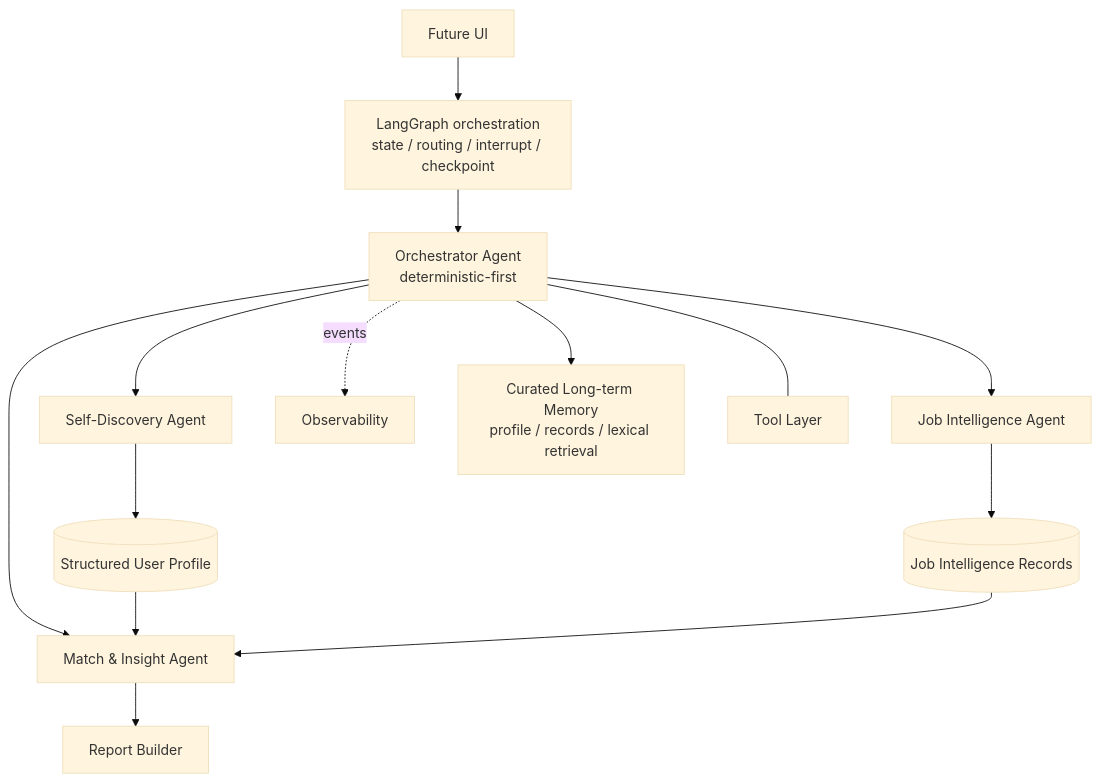
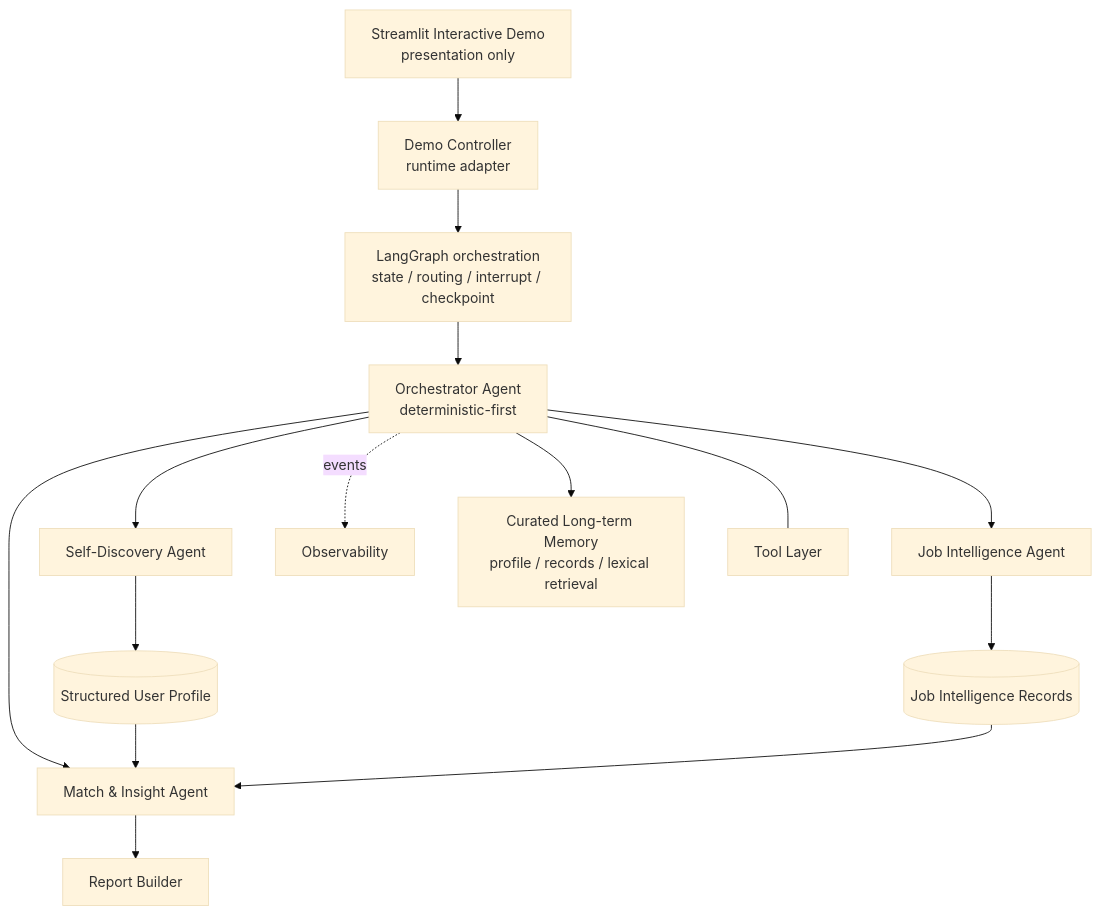
Before and after one commit to wangzch337-max/orange-career-agent: the diagram in README.md, drawn with Mermaid (base theme). The commit also changed other lines of this file and 18 other files, not shown here.

Commit message:
feat: add interactive streamlit demo

````diff
--- a/README.md
+++ b/README.md
@@ -35,16 +35,17 @@
 ```mermaid
 flowchart TD
-    UI[Future UI] --> LG[LangGraph orchestration<br/>state / routing / interrupt / checkpoint]
+    UI[Streamlit Interactive Demo<br/>presentation only] --> DC[Demo Controller<br/>runtime adapter]
+    DC --> LG[LangGraph orchestration<br/>state / routing / interrupt / checkpoint]
     LG --> O[Orchestrator Agent<br/>deterministic-first]
     O --> S[Self-Discovery Agent]
     O --> J[Job Intelligence Agent]
     O --> M[Match & Insight Agent]
     S --> P[(Structured User Profile)]
     J --> R[(Job Intelligence Records)]
     P --> M
     R --> M
     M --> B[Report Builder]
     O -. events .-> OBS[Observability]
     O --> MEM[Curated Long-term Memory<br/>profile / records / lexical retrieval]
     O --- T[Tool Layer]
 ```
````
